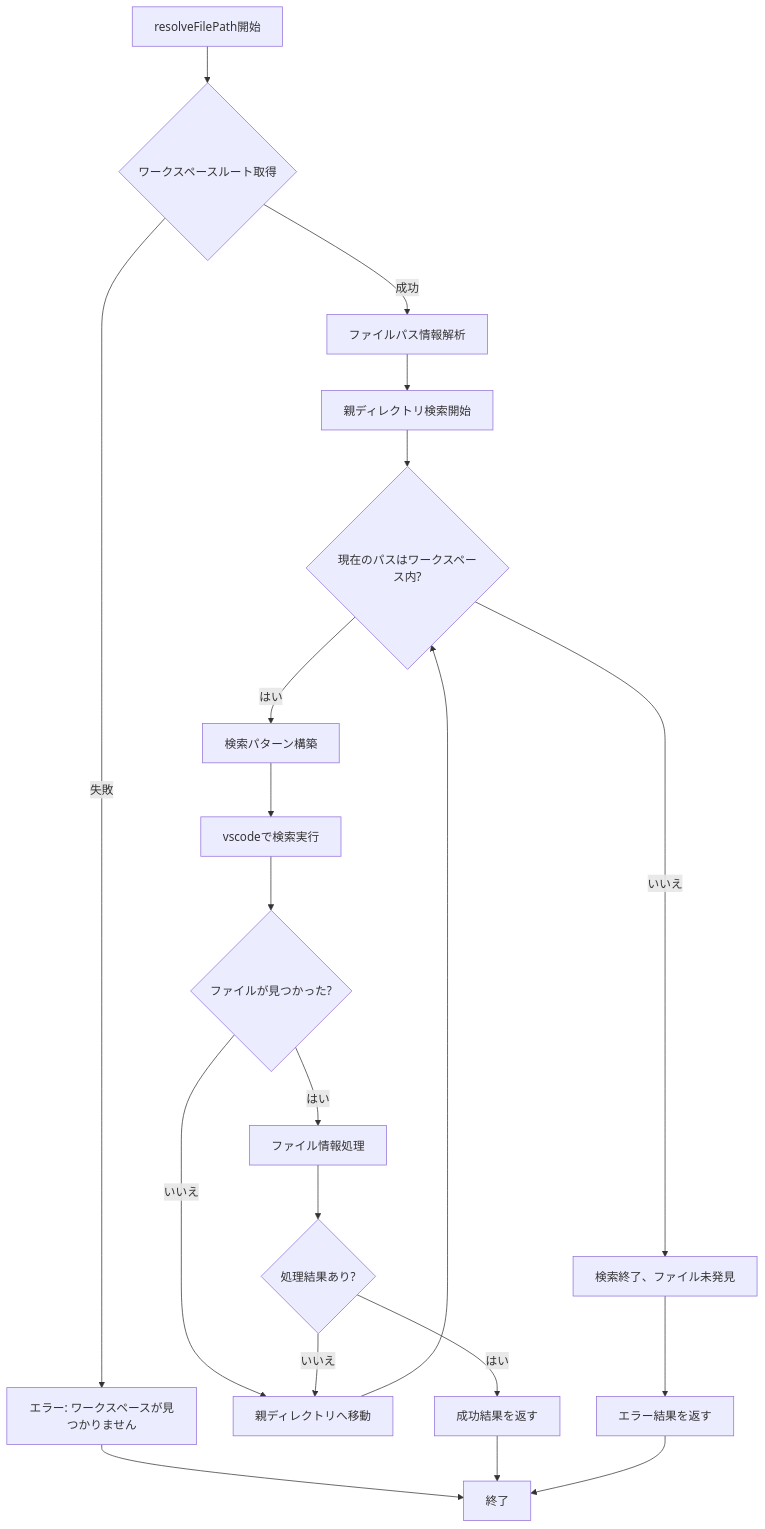
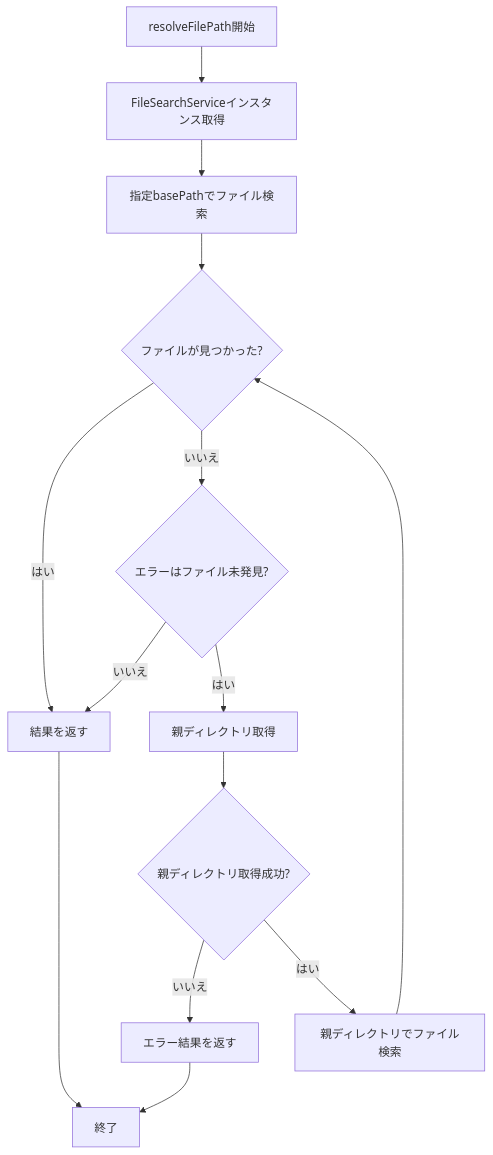
Before and after one commit to gongnyaa/inlined-copy: the second of 2 diagrams in src/services/FileResolverService.md, drawn with Mermaid. The commit also changed other lines of this file and 12 other files, not shown here.

````diff
--- a/src/services/FileResolverService.md
+++ b/src/services/FileResolverService.md
@@ -36,23 +50,17 @@
 ```mermaid
-%% resolveFilePath メソッドの処理フロー
+%% resolveFilePath メソッドの処理フロー（リファクタリング後）
 flowchart TD
-    A[resolveFilePath開始] --> B{ワークスペースルート取得}
-    B -->|成功| C[ファイルパス情報解析]
-    B -->|失敗| D[エラー: ワークスペースが見つかりません]
-    C --> E[親ディレクトリ検索開始]
-    E --> F{現在のパスはワークスペース内?}
-    F -->|はい| G[検索パターン構築]
-    F -->|いいえ| H[検索終了、ファイル未発見]
-    G --> I[vscodeで検索実行]
-    I --> J{ファイルが見つかった?}
-    J -->|はい| K[ファイル情報処理]
-    J -->|いいえ| L[親ディレクトリへ移動]
-    K --> M{処理結果あり?}
-    M -->|はい| N[成功結果を返す]
-    M -->|いいえ| L
-    L --> F
-    H --> O[エラー結果を返す]
-    D --> P[終了]
-    N --> P
-    O --> P
+    A[resolveFilePath開始] --> B[FileSearchServiceインスタンス取得]
+    B --> C[指定basePathでファイル検索]
+    C --> D{ファイルが見つかった?}
+    D -->|はい| E[結果を返す]
+    D -->|いいえ| F{エラーはファイル未発見?}
+    F -->|いいえ| E
+    F -->|はい| G[親ディレクトリ取得]
+    G --> H{親ディレクトリ取得成功?}
+    H -->|いいえ| I[エラー結果を返す]
+    H -->|はい| J[親ディレクトリでファイル検索]
+    J --> D
+    E --> K[終了]
+    I --> K
 ```
````
